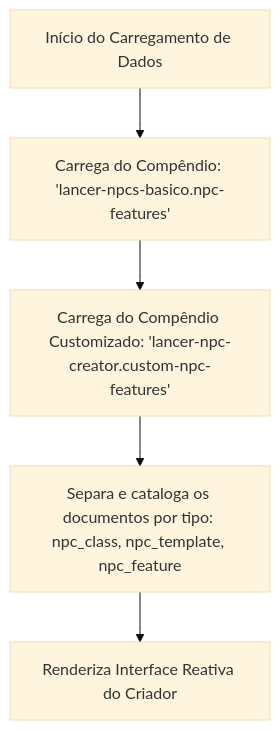
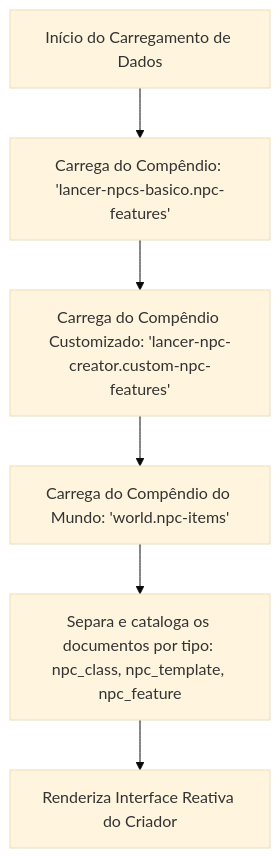
Before and after one commit to LPfontes/lancer-npc-creator: the diagram in README.md, drawn with Mermaid (base theme). The commit also changed other lines of this file and 6 other files, not shown here.

Commit message:
feat: implement dynamic localization (i18n), load world.npc-items, add lancer system dependency and add GenAI declaration

````diff
--- a/README.md
+++ b/README.md
@@ -19,7 +19,8 @@
 ```mermaid
 graph TD
     A[Início do Carregamento de Dados] --> B[Carrega do Compêndio: 'lancer-npcs-basico.npc-features']
     B --> C[Carrega do Compêndio Customizado: 'lancer-npc-creator.custom-npc-features']
-    C --> D[Separa e cataloga os documentos por tipo: npc_class, npc_template, npc_feature]
-    D --> E[Renderiza Interface Reativa do Criador]
+    C --> D[Carrega do Compêndio do Mundo: 'world.npc-items']
+    D --> E[Separa e cataloga os documentos por tipo: npc_class, npc_template, npc_feature]
+    E --> F[Renderiza Interface Reativa do Criador]
 ```
````
